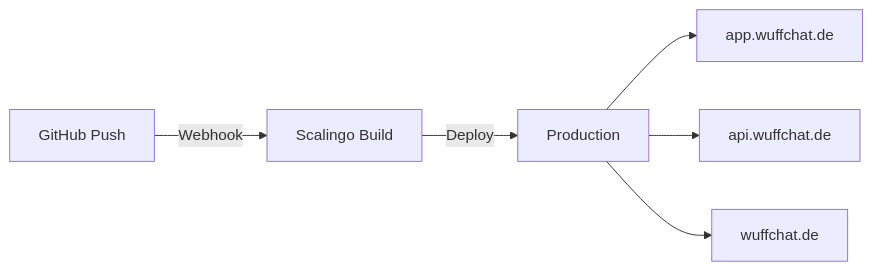
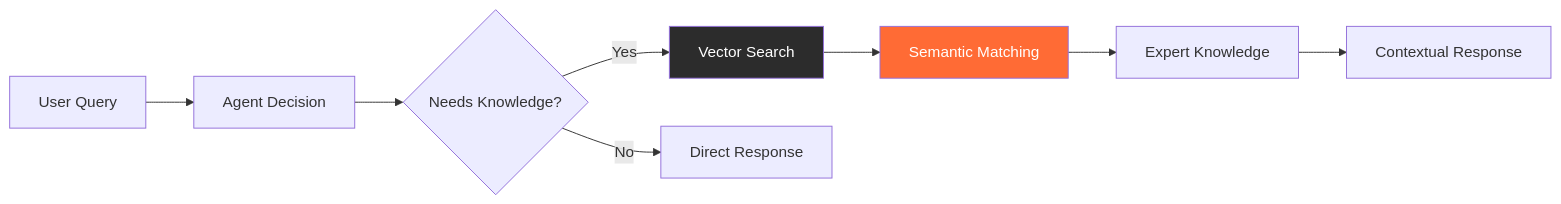
Before and after one commit to kemperfekt/wuffchat: the second of 2 diagrams in README.md, drawn with Mermaid. The commit also changed other lines of this file, not shown here.

First line of the commit message:
Update README to compelling overview of multi-repo architecture

````diff
--- a/README.md
+++ b/README.md
@@ -251,8 +107,13 @@
 ```mermaid
-graph LR
-    A[GitHub Push] -->|Webhook| B[Scalingo Build]
-    B -->|Deploy| C[Production]
-    C --> D[app.wuffchat.de]
-    C --> E[api.wuffchat.de]
-    C --> F[wuffchat.de]
+flowchart LR
+    A[User Query] --> B[Agent Decision]
+    B --> C{Needs Knowledge?}
+    C -->|Yes| D[Vector Search]
+    D --> E[Semantic Matching]
+    E --> F[Expert Knowledge]
+    F --> G[Contextual Response]
+    C -->|No| H[Direct Response]
+    
+    style D fill:#2C2C2C,color:#fff
+    style E fill:#FF6B35,color:#fff
 ```
````
